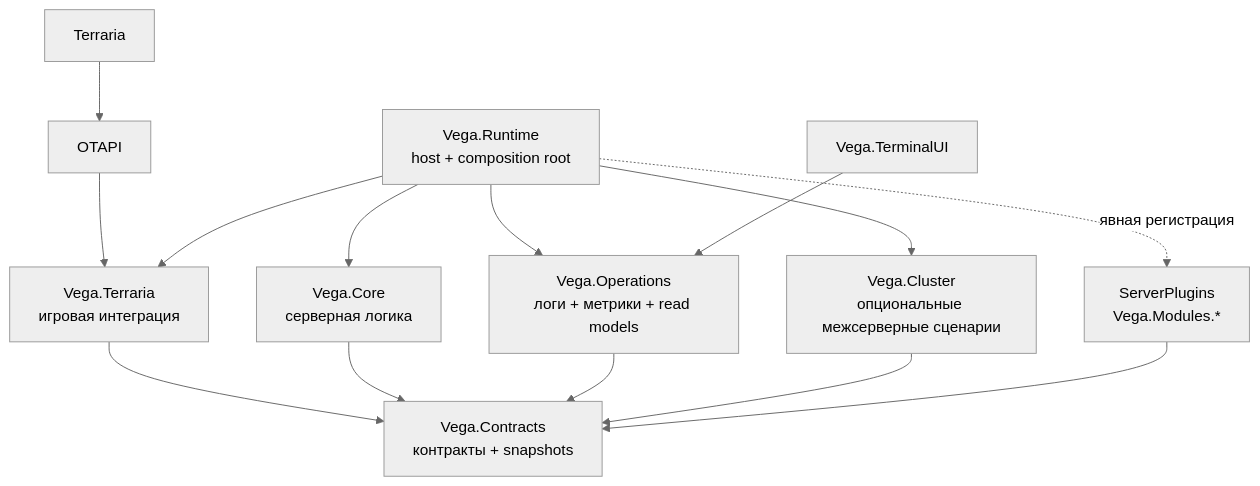
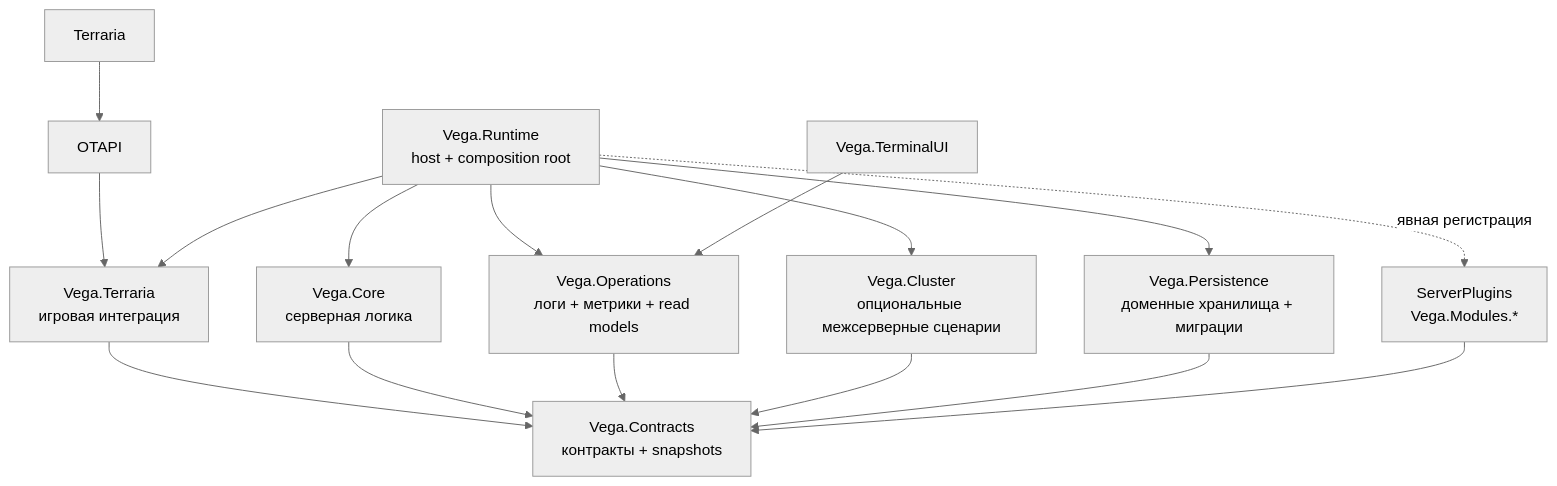
The diagram in README.md (VegaKernel/Vega), drawn with Mermaid (neutral theme) before and after one commit. The commit also changed other lines of this file and 40 other files, not shown here.

````diff
--- a/README.md
+++ b/README.md
@@ -17,19 +17,21 @@
 ```mermaid
 flowchart TB
     Terraria["Terraria"] --> OTAPI["OTAPI"]
     OTAPI --> TerrariaAdapter["Vega.Terraria<br/>игровая интеграция"]
 
     Runtime["Vega.Runtime<br/>host + composition root"] --> TerrariaAdapter
     Runtime --> Core["Vega.Core<br/>серверная логика"]
     Runtime --> Operations["Vega.Operations<br/>логи + метрики + read models"]
     Runtime --> Cluster["Vega.Cluster<br/>опциональные межсерверные сценарии"]
+    Runtime --> Persistence["Vega.Persistence<br/>доменные хранилища + миграции"]
     Runtime -. "явная регистрация" .-> Modules["ServerPlugins<br/>Vega.Modules.*"]
 
     TerrariaAdapter --> Contracts["Vega.Contracts<br/>контракты + snapshots"]
     Core --> Contracts
     Operations --> Contracts
     Cluster --> Contracts
+    Persistence --> Contracts
     Modules --> Contracts
 
     TerminalUI["Vega.TerminalUI"] --> Operations
 ```
````
